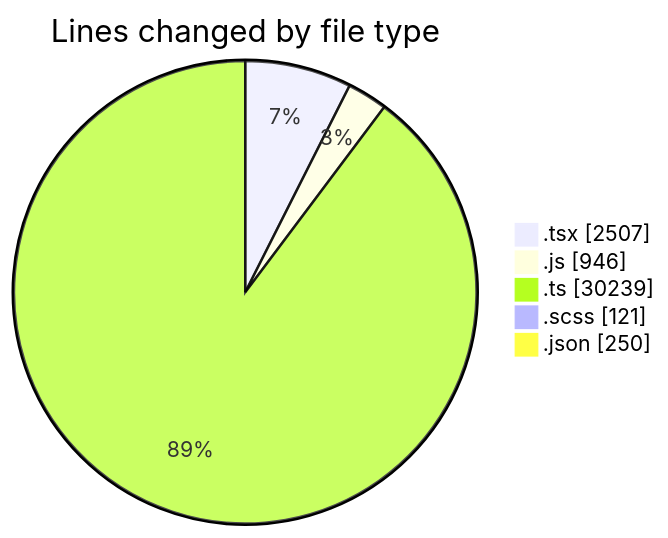
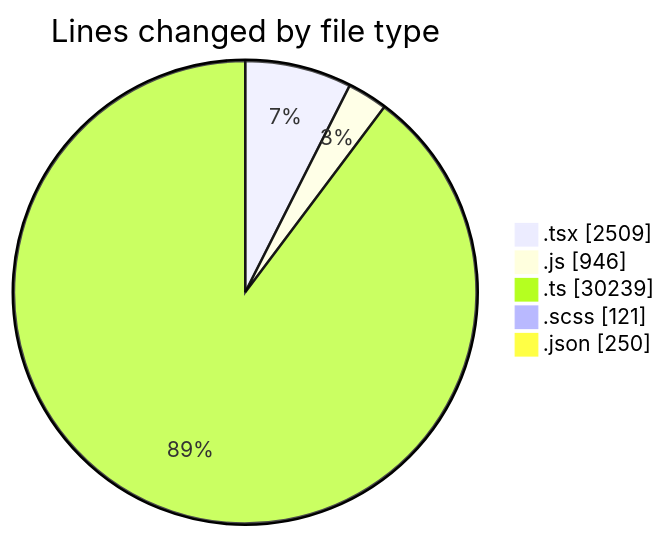
The first of 2 diagrams in 2026-07-20/cda/README.md (momahboobian/code-tracking), drawn with Mermaid before and after one commit. The commit also changed other lines of this file and 1 other file, not shown here.

````diff
--- a/2026-07-20/cda/README.md
+++ b/2026-07-20/cda/README.md
@@ -54,9 +54,9 @@
 ```mermaid
 pie showData
 title Lines changed by file type
-".tsx" : 2507
+".tsx" : 2509
 ".js" : 946
 ".ts" : 30239
 ".scss" : 121
 ".json" : 250
 ```
````
